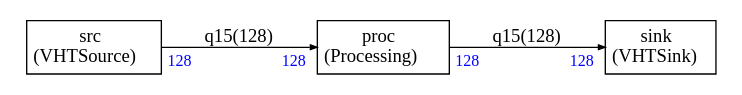
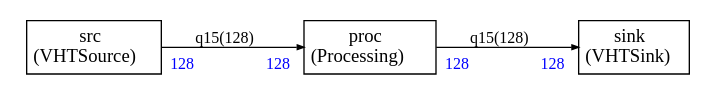
One commit to ARM-software/CMSIS-Stream changed the diagram in Examples/example7/test.dot. Above: the diagram before and after it, drawn with Graphviz. The commit also changed 200 other files, not shown here.

First line of the commit message:
Preliminary work on graph styling

```diff
--- a/Examples/example7/test.dot
+++ b/Examples/example7/test.dot
@@ -1,48 +1,48 @@
 
 
 
 
 digraph structs {
-    node [shape=plaintext]
+    bgcolor = "white"
+    node [shape=plaintext,color="black",fontcolor="black",fontname="Times-Roman"]
     rankdir=LR
-    edge [arrowsize=0.5]
-    fontname="times"
+    edge [arrowsize="0.5",color="black",fontcolor="black",fontname="Times-Roman"]
 
 
 proc [label=<
-<TABLE BORDER="0" CELLBORDER="1" CELLSPACING="0" CELLPADDING="4">
+<TABLE color="black" bgcolor="none" BORDER="0" CELLBORDER="1" CELLSPACING="0" CELLPADDING="4">
   <TR>
-    <TD ALIGN="CENTER" PORT="i">proc<BR/>(Processing)</TD>
+    <TD ALIGN="CENTER" PORT="i"><FONT COLOR="black" POINT-SIZE="14.0">proc<BR/>(Processing)</FONT></TD>
   </TR>
 </TABLE>>];
 
 sink [label=<
-<TABLE BORDER="0" CELLBORDER="1" CELLSPACING="0" CELLPADDING="4">
+<TABLE color="black" bgcolor="none" BORDER="0" CELLBORDER="1" CELLSPACING="0" CELLPADDING="4">
   <TR>
-    <TD ALIGN="CENTER" PORT="i">sink<BR/>(VHTSink)</TD>
+    <TD ALIGN="CENTER" PORT="i"><FONT COLOR="black" POINT-SIZE="14.0">sink<BR/>(VHTSink)</FONT></TD>
   </TR>
 </TABLE>>];
 
 src [label=<
-<TABLE BORDER="0" CELLBORDER="1" CELLSPACING="0" CELLPADDING="4">
+<TABLE color="black" bgcolor="none" BORDER="0" CELLBORDER="1" CELLSPACING="0" CELLPADDING="4">
   <TR>
-    <TD ALIGN="CENTER" PORT="i">src<BR/>(VHTSource)</TD>
+    <TD ALIGN="CENTER" PORT="i"><FONT COLOR="black" POINT-SIZE="14.0">src<BR/>(VHTSource)</FONT></TD>
   </TR>
 </TABLE>>];
 
 
 
-src:i -> proc:i [label="q15(128)"
-,headlabel=<<TABLE BORDER="0" CELLPADDING="2"><TR><TD><FONT COLOR="blue" POINT-SIZE="12.0" >128</FONT>
+src:i -> proc:i [style="solid",color="black",fontsize="12.0",fontcolor="black",label=<q15(128)>
+,headlabel=<<TABLE BORDER="0" CELLPADDING="4"><TR><TD><FONT COLOR="blue" POINT-SIZE="12.0" >128</FONT>
 </TD></TR></TABLE>>
-,taillabel=<<TABLE BORDER="0" CELLPADDING="2"><TR><TD><FONT COLOR="blue" POINT-SIZE="12.0" >128</FONT>
+,taillabel=<<TABLE BORDER="0" CELLPADDING="4"><TR><TD><FONT COLOR="blue" POINT-SIZE="12.0" >128</FONT>
 </TD></TR></TABLE>>]
 
-proc:i -> sink:i [label="q15(128)"
-,headlabel=<<TABLE BORDER="0" CELLPADDING="2"><TR><TD><FONT COLOR="blue" POINT-SIZE="12.0" >128</FONT>
+proc:i -> sink:i [style="solid",color="black",fontsize="12.0",fontcolor="black",label=<q15(128)>
+,headlabel=<<TABLE BORDER="0" CELLPADDING="4"><TR><TD><FONT COLOR="blue" POINT-SIZE="12.0" >128</FONT>
 </TD></TR></TABLE>>
-,taillabel=<<TABLE BORDER="0" CELLPADDING="2"><TR><TD><FONT COLOR="blue" POINT-SIZE="12.0" >128</FONT>
+,taillabel=<<TABLE BORDER="0" CELLPADDING="4"><TR><TD><FONT COLOR="blue" POINT-SIZE="12.0" >128</FONT>
 </TD></TR></TABLE>>]
 
 
 }
```
